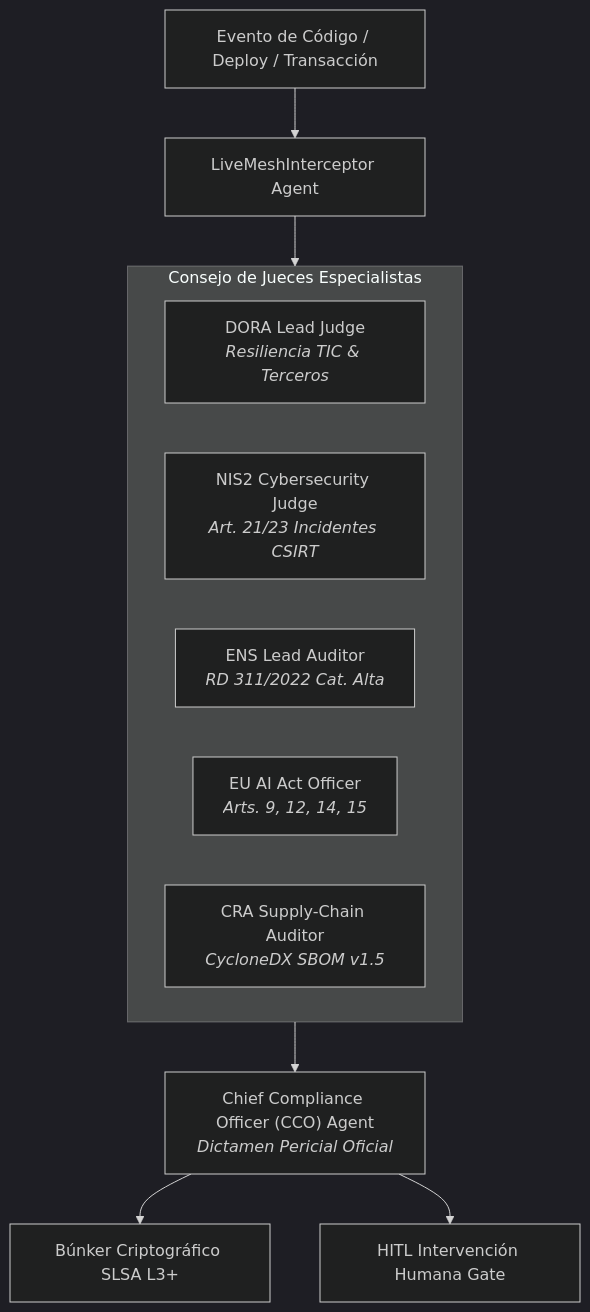
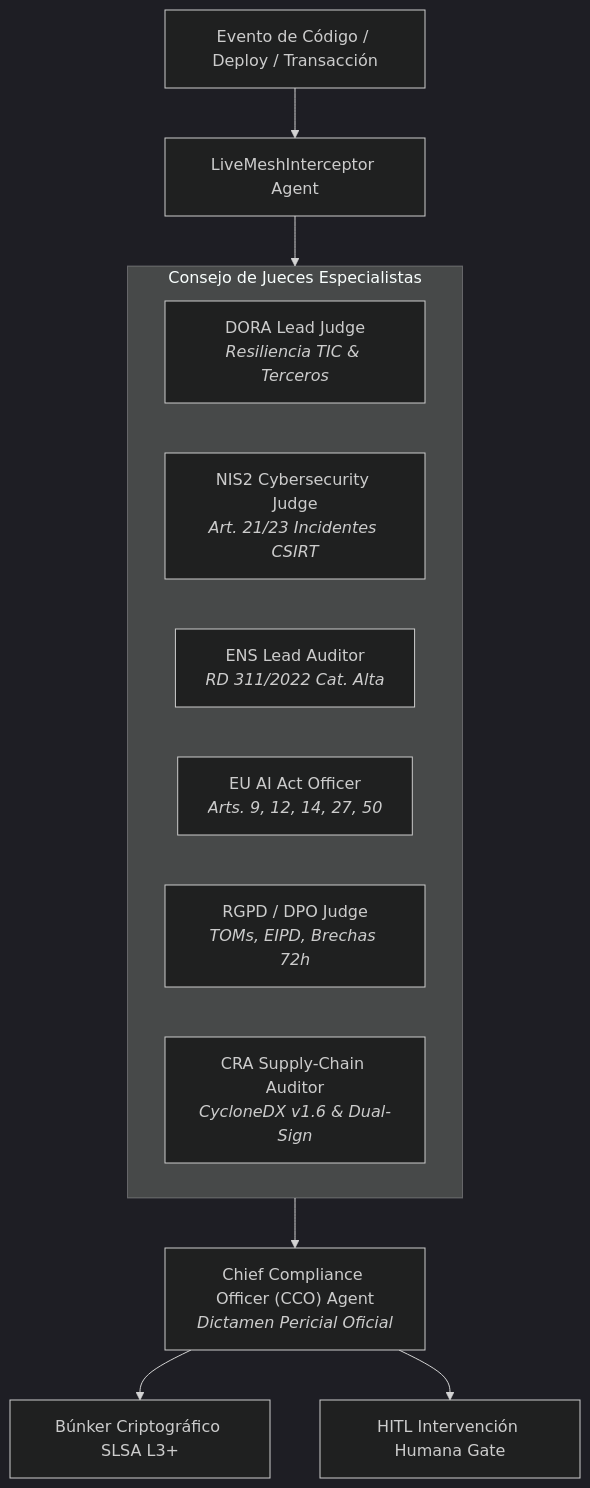
Before and after one commit to Tardigrado-76/Capgemini: the diagram in Compliance-as-Code Live Mesh/AGENTS.md, drawn with Mermaid (dark theme). The commit also changed other lines of this file and 4 other files, not shown here.

Commit message:
docs(compliance): Compliance Live Mesh 30/30 tests, DORA/NIS2/ENS/EU AI Act/CRA/RGPD, zero emojis

````diff
--- a/Compliance-as-Code Live Mesh/AGENTS.md
+++ b/Compliance-as-Code Live Mesh/AGENTS.md
@@ -12,17 +12,18 @@
 ```mermaid
 graph TD
-    Event["Evento de Código / Deploy / Transacción"] --> Interceptor["LiveMeshInterceptor Agent"]
-    
-    subgraph Council ["Consejo de Jueces Especialistas"]
-        DORA_J["DORA Lead Judge<br/><i>Resiliencia TIC & Terceros</i>"]
-        NIS2_J["NIS2 Cybersecurity Judge<br/><i>Art. 21/23 Incidentes CSIRT</i>"]
-        ENS_J["ENS Lead Auditor<br/><i>RD 311/2022 Cat. Alta</i>"]
-        AIACT_J["EU AI Act Officer<br/><i>Arts. 9, 12, 14, 15</i>"]
-        CRA_J["CRA Supply-Chain Auditor<br/><i>CycloneDX SBOM v1.5</i>"]
-    end
+ Event["Evento de Código / Deploy / Transacción"] --> Interceptor["LiveMeshInterceptor Agent"]
+ 
+ subgraph Council ["Consejo de Jueces Especialistas"]
+ DORA_J["DORA Lead Judge<br/><i>Resiliencia TIC & Terceros</i>"]
+ NIS2_J["NIS2 Cybersecurity Judge<br/><i>Art. 21/23 Incidentes CSIRT</i>"]
+ ENS_J["ENS Lead Auditor<br/><i>RD 311/2022 Cat. Alta</i>"]
+ AIACT_J["EU AI Act Officer<br/><i>Arts. 9, 12, 14, 27, 50</i>"]
+ RGPD_J["RGPD / DPO Judge<br/><i>TOMs, EIPD, Brechas 72h</i>"]
+ CRA_J["CRA Supply-Chain Auditor<br/><i>CycloneDX v1.6 & Dual-Sign</i>"]
+ end
 
-    Interceptor --> Council
-    Council --> Synthesizer["Chief Compliance Officer (CCO) Agent<br/><i>Dictamen Pericial Oficial</i>"]
-    Synthesizer --> MerkleBunker["Búnker Criptográfico SLSA L3+"]
-    Synthesizer --> HITLGate["HITL Intervención Humana Gate"]
+ Interceptor --> Council
+ Council --> Synthesizer["Chief Compliance Officer (CCO) Agent<br/><i>Dictamen Pericial Oficial</i>"]
+ Synthesizer --> MerkleBunker["Búnker Criptográfico SLSA L3+"]
+ Synthesizer --> HITLGate["HITL Intervención Humana Gate"]
 ```
````
